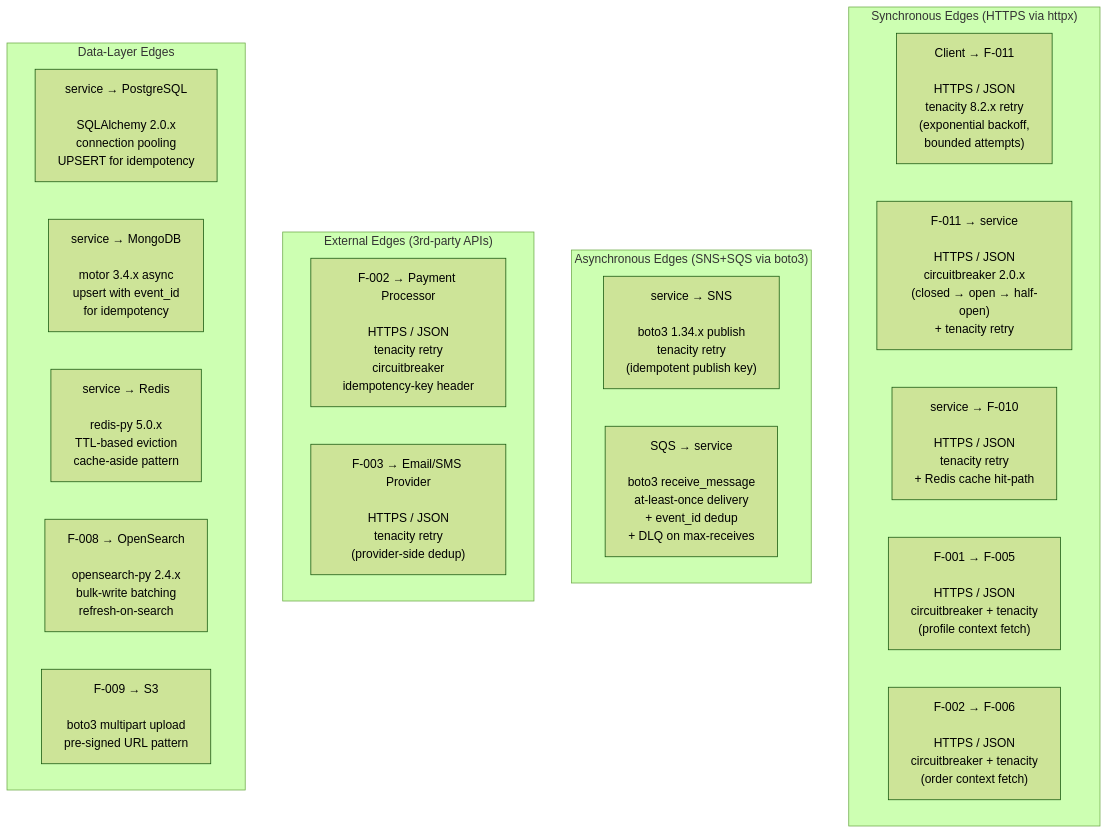
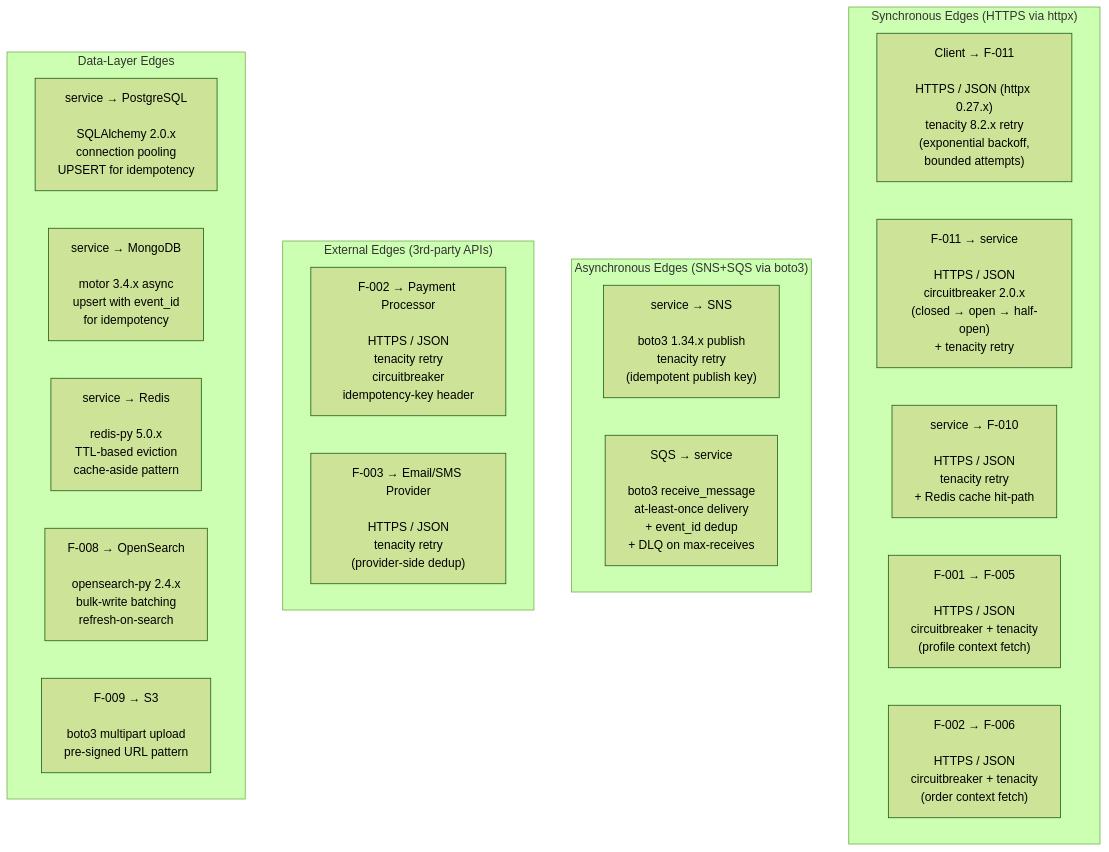
One commit to shaliniblitzy/29April_7 changed the third of 3 diagrams in docs/architecture/microservices-architecture.md. Above: the diagram before and after it, drawn with Mermaid (forest theme). The commit also changed other lines of this file, not shown here.

First paragraph of the commit message:
Address Checkpoint 1 review findings in microservices-architecture.md
Resolves the 3 MINOR findings from the Checkpoint 1 Code Review (zero
critical, high, or major issues; all 3 findings cosmetic/completeness):

````diff
--- a/docs/architecture/microservices-architecture.md
+++ b/docs/architecture/microservices-architecture.md
@@ -319,53 +318,53 @@
 ```mermaid
 flowchart TB
     %% Per-boundary resilience: every cross-service edge wrapped with retry+circuitbreaker;
     %% every persistence write wrapped with idempotency-key dedup.
     %% No specific numerical SLOs are encoded here per TS Section 9.1.16; only qualitative properties.
 
     %% =========================================================================
     %% Synchronous Edges (HTTPS via httpx)
     %% Every synchronous cross-service call uses httpx as the HTTP client and is wrapped with
     %% tenacity (exponential backoff, bounded attempts) and, for cross-service calls, circuitbreaker.
     %% =========================================================================
     subgraph SyncEdges["Synchronous Edges (HTTPS via httpx)"]
-        E1["Client &rarr; F-011<br/><br/>HTTPS / JSON<br/>tenacity 8.2.x retry<br/>(exponential backoff,<br/>bounded attempts)"]
+        E1["Client &rarr; F-011<br/><br/>HTTPS / JSON (httpx 0.27.x)<br/>tenacity 8.2.x retry<br/>(exponential backoff,<br/>bounded attempts)"]
         E2["F-011 &rarr; service<br/><br/>HTTPS / JSON<br/>circuitbreaker 2.0.x<br/>(closed &rarr; open &rarr; half-open)<br/>+ tenacity retry"]
         E3["service &rarr; F-010<br/><br/>HTTPS / JSON<br/>tenacity retry<br/>+ Redis cache hit-path"]
         E4["F-001 &rarr; F-005<br/><br/>HTTPS / JSON<br/>circuitbreaker + tenacity<br/>(profile context fetch)"]
         E5["F-002 &rarr; F-006<br/><br/>HTTPS / JSON<br/>circuitbreaker + tenacity<br/>(order context fetch)"]
     end
 
     %% =========================================================================
     %% Asynchronous Edges (SNS+SQS via boto3)
     %% Publish path uses boto3 publish with an idempotent publish key.
     %% Receive path uses boto3 receive_message with at-least-once + event_id dedup at the consumer.
     %% =========================================================================
     subgraph AsyncEdges["Asynchronous Edges (SNS+SQS via boto3)"]
         E6["service &rarr; SNS<br/><br/>boto3 1.34.x publish<br/>tenacity retry<br/>(idempotent publish key)"]
         E7["SQS &rarr; service<br/><br/>boto3 receive_message<br/>at-least-once delivery<br/>+ event_id dedup<br/>+ DLQ on max-receives"]
     end
 
     %% =========================================================================
     %% External Edges (3rd-party APIs)
     %% External integrations sit behind adapter seams owned by their consuming service.
     %% Adapter implementations include retry+circuitbreaker on transient errors and idempotency-key
     %% headers (where the provider supports it) to deduplicate retried requests.
     %% =========================================================================
     subgraph ExternalEdges["External Edges (3rd-party APIs)"]
         E8["F-002 &rarr; Payment Processor<br/><br/>HTTPS / JSON<br/>tenacity retry<br/>circuitbreaker<br/>idempotency-key header"]
         E9["F-003 &rarr; Email/SMS Provider<br/><br/>HTTPS / JSON<br/>tenacity retry<br/>(provider-side dedup)"]
     end
 
     %% =========================================================================
     %% Data-Layer Edges
     %% Every persistence write is idempotent by design (UPSERT, upsert-by-event_id,
     %% multipart upload with deterministic key) so retry never creates a duplicate row.
     %% =========================================================================
     subgraph DataEdges["Data-Layer Edges"]
         E10["service &rarr; PostgreSQL<br/><br/>SQLAlchemy 2.0.x<br/>connection pooling<br/>UPSERT for idempotency"]
         E11["service &rarr; MongoDB<br/><br/>motor 3.4.x async<br/>upsert with event_id<br/>for idempotency"]
         E12["service &rarr; Redis<br/><br/>redis-py 5.0.x<br/>TTL-based eviction<br/>cache-aside pattern"]
         E13["F-008 &rarr; OpenSearch<br/><br/>opensearch-py 2.4.x<br/>bulk-write batching<br/>refresh-on-search"]
         E14["F-009 &rarr; S3<br/><br/>boto3 multipart upload<br/>pre-signed URL pattern"]
     end
 ```
````
